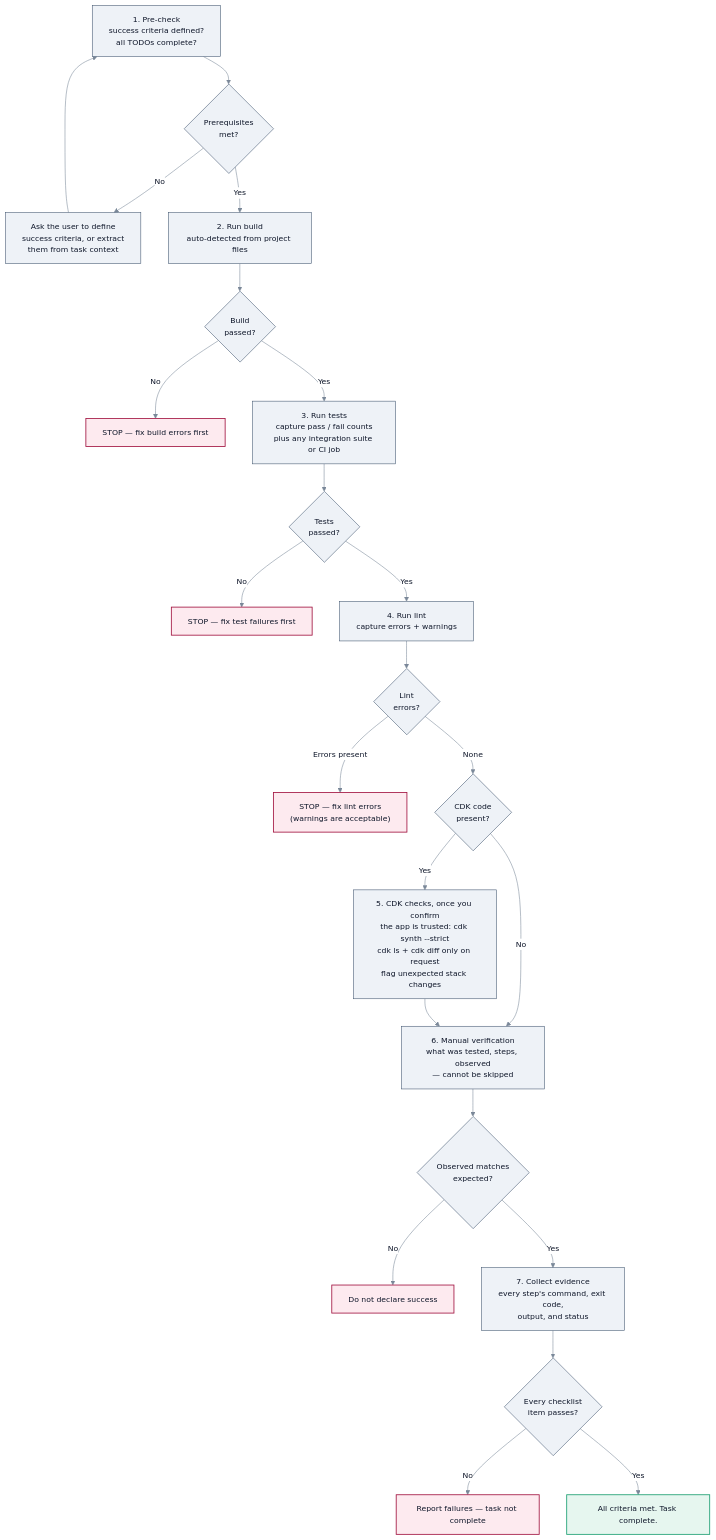
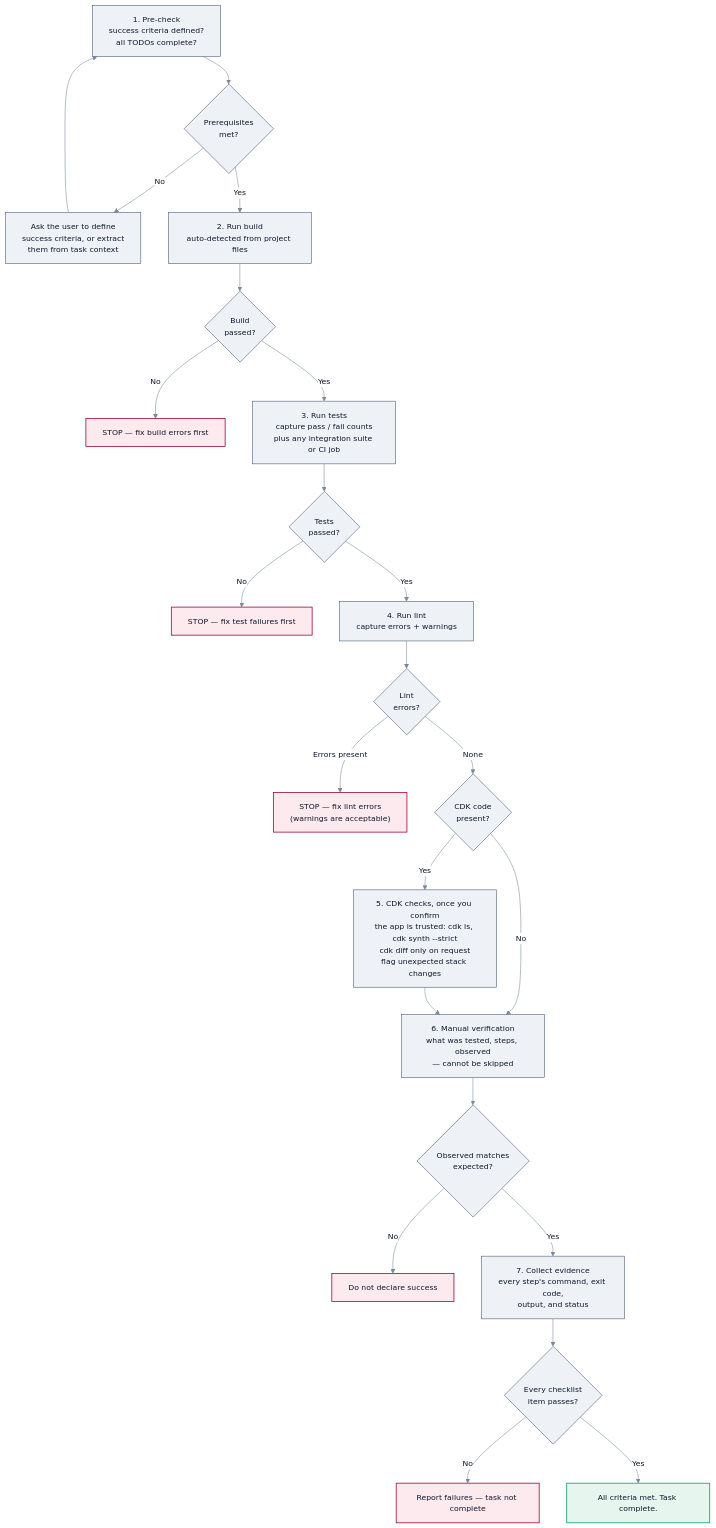
The third of 4 diagrams in docs/user-guide/sop-workflows/planning-and-analysis.md (aws-solutions/konductor), drawn with Mermaid before and after one commit. The commit also changed other lines of this file and 7 other files, not shown here.

````diff
--- a/docs/user-guide/sop-workflows/planning-and-analysis.md
+++ b/docs/user-guide/sop-workflows/planning-and-analysis.md
@@ -252,39 +252,39 @@
 ```mermaid
 %%{init:{'theme':'base','themeVariables':{'fontSize':'14px','primaryColor':'#eef2f7','primaryTextColor':'#0f172a','primaryBorderColor':'#40556e','lineColor':'#7a8899','textColor':'#0f172a','edgeLabelBackground':'#ffffff','clusterBkg':'#fafbfc','clusterBorder':'#c9d2dc'}}}%%
 flowchart TD
     S1["1. Pre-check<br/>success criteria defined?<br/>all TODOs complete?"]
     S1 --> G0{"Prerequisites<br/>met?"}
     G0 -->|No| Ask["Ask the user to define<br/>success criteria, or extract<br/>them from task context"]
     Ask --> S1
     G0 -->|Yes| S2["2. Run build<br/>auto-detected from project files"]
 
     S2 --> G1{"Build<br/>passed?"}
     G1 -->|No| Stop1["STOP — fix build errors first"]
     G1 -->|Yes| S3["3. Run tests<br/>capture pass / fail counts<br/>plus any integration suite or CI job"]
 
     S3 --> G2{"Tests<br/>passed?"}
     G2 -->|No| Stop2["STOP — fix test failures first"]
     G2 -->|Yes| S4["4. Run lint<br/>capture errors + warnings"]
 
     S4 --> G3{"Lint<br/>errors?"}
     G3 -->|"Errors present"| Stop3["STOP — fix lint errors<br/>(warnings are acceptable)"]
     G3 -->|"None"| S5{"CDK code<br/>present?"}
 
-    S5 -->|Yes| CDK["5. CDK checks, once you confirm<br/>the app is trusted: cdk synth --strict<br/>cdk ls + cdk diff only on request<br/>flag unexpected stack changes"]
+    S5 -->|Yes| CDK["5. CDK checks, once you confirm<br/>the app is trusted: cdk ls, cdk synth --strict<br/>cdk diff only on request<br/>flag unexpected stack changes"]
     S5 -->|No| S6
     CDK --> S6["6. Manual verification<br/>what was tested, steps, observed<br/>— cannot be skipped"]
 
     S6 --> G4{"Observed matches<br/>expected?"}
     G4 -->|No| Stop4["Do not declare success"]
     G4 -->|Yes| S7["7. Collect evidence<br/>every step's command, exit code,<br/>output, and status"]
 
     S7 --> G5{"Every checklist<br/>item passes?"}
     G5 -->|No| Fail["Report failures — task not complete"]
     G5 -->|Yes| Pass["All criteria met. Task complete."]
 
     class Stop1,Stop2,Stop3,Stop4,Fail stop
     class Pass good
 
     classDef stop fill:#fdeaef,stroke:#a1123f,stroke-width:1.5px,color:#0f172a;
     classDef good fill:#e6f6ef,stroke:#199e70,stroke-width:1.5px,color:#0f172a;
 ```
````
